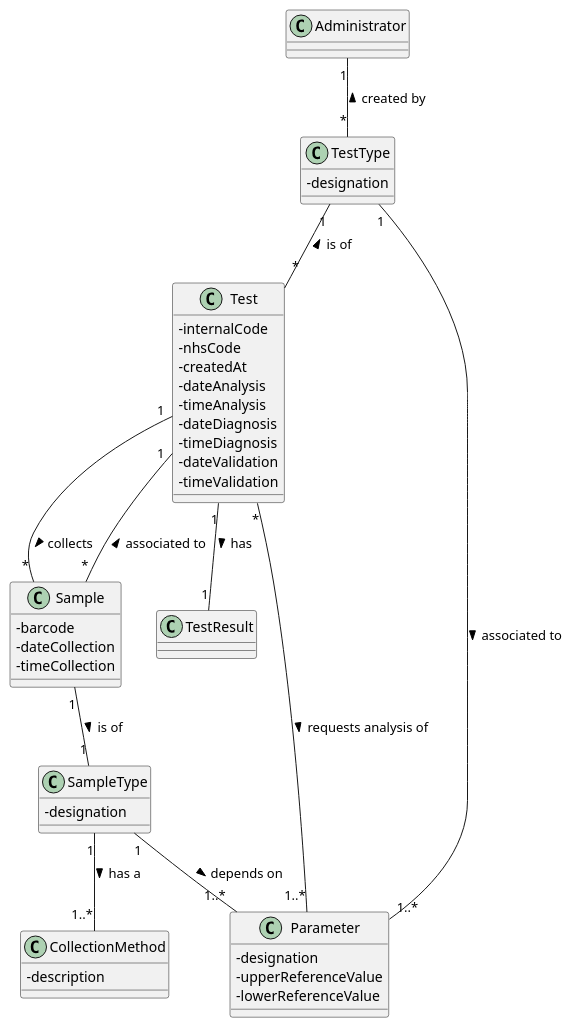
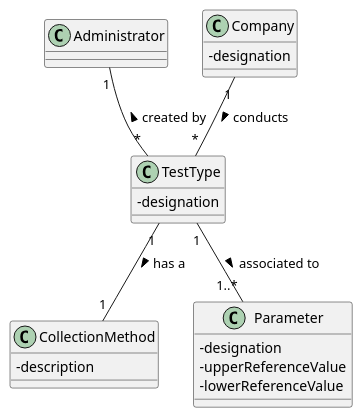
The diagram in docs/SprintB/US9/US9_DM.puml (MadDinosaur/ISEP-LAPR2), drawn with PlantUML before and after one commit. The commit also changed 3 other files, not shown here.

```diff
--- a/docs/SprintB/US9/US9_DM.puml
+++ b/docs/SprintB/US9/US9_DM.puml
@@ -1,48 +1,28 @@
 @startuml
 skinparam classAttributeIconSize 0
 
+class Company {
+-designation
+}
+
 class Administrator
+
 class CollectionMethod {
 -description
 }
 
-class Test {
--internalCode
--nhsCode
--createdAt
--dateAnalysis
--timeAnalysis
--dateDiagnosis
--timeDiagnosis
--dateValidation
--timeValidation
-}
-class TestResult
 class TestType {
 -designation
 }
-class Sample {
--barcode
--dateCollection
--timeCollection
-}
-class SampleType {
--designation
-}
+
 class Parameter {
 -designation
 -upperReferenceValue
 -lowerReferenceValue
 }
 
-Sample "*"--"1" Test : associated to >
-SampleType "1"-up-"1" Sample  : is of <
-Test "*"-down-"1..*" Parameter : requests analysis of >
-Test "*"-up-"1" TestType : is of >
-Test "1"-down-"*" Sample : collects >
 TestType "*"-up-"1" Administrator : created by >
-SampleType "1"--"1..*" CollectionMethod : has a >
 Parameter "1..*"-up-"1" TestType  : associated to <
-SampleType "1"--"1..*" Parameter : depends on >
-Test "1"-down-"1" TestResult : has >
+TestType "1"--"1" CollectionMethod : has a  >
+Company "1"-down-"*" TestType : conducts >
 @enduml
```
